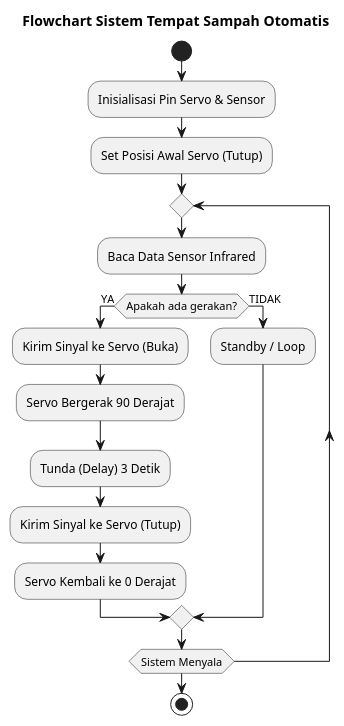
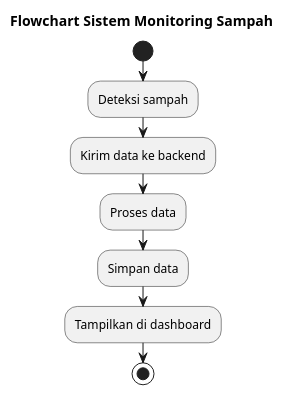
One commit to C-PPAW-TI503P-2025/PROJECT_KELOMPOK-2_INFRARED changed the diagram in diagram/flowchart.puml. Above: the diagram before and after it, drawn with PlantUML. The commit also changed 6 other files, not shown here.

Commit message:
Memperbarui seluruh diagram UML sistem monitoring sampah

```diff
--- a/diagram/flowchart.puml
+++ b/diagram/flowchart.puml
@@ -1,22 +1,13 @@
-@startuml
-title Flowchart Sistem Tempat Sampah Otomatis
+@startuml Flowchart_IR_Trash
+
+title Flowchart Sistem Monitoring Sampah
 
 start
-:Inisialisasi Pin Servo & Sensor;
-:Set Posisi Awal Servo (Tutup);
+:Deteksi sampah;
+:Kirim data ke backend;
+:Proses data;
+:Simpan data;
+:Tampilkan di dashboard;
+stop
 
-repeat
-  :Baca Data Sensor Infrared;
-  if (Apakah ada gerakan?) then (YA)
-    :Kirim Sinyal ke Servo (Buka);
-    :Servo Bergerak 90 Derajat;
-    :Tunda (Delay) 3 Detik;
-    :Kirim Sinyal ke Servo (Tutup);
-    :Servo Kembali ke 0 Derajat;
-  else (TIDAK)
-    :Standby / Loop;
-  endif
-repeat while (Sistem Menyala)
-
-stop
 @enduml
```
